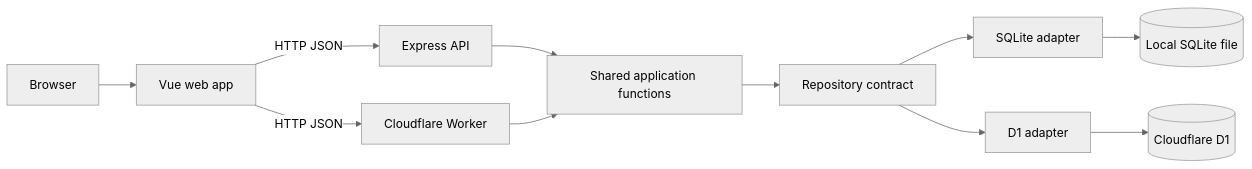
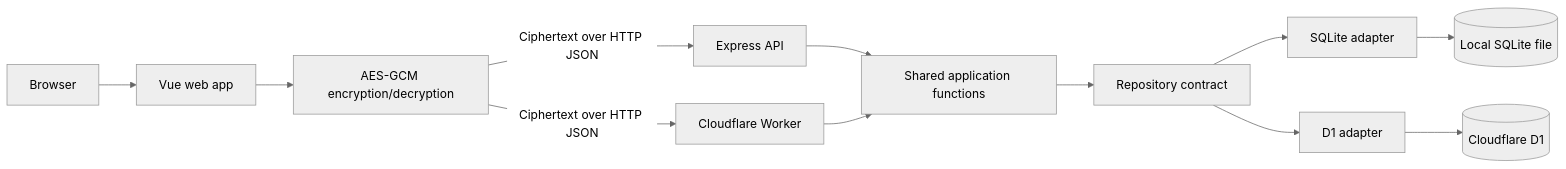
One commit to jlaguilargomez/fragments changed the diagram in docs/architecture.md. Above: the diagram before and after it, drawn with Mermaid (neutral theme). The commit also changed other lines of this file and 3 other files, not shown here.

````diff
--- a/docs/architecture.md
+++ b/docs/architecture.md
@@ -8,13 +8,14 @@
 ```mermaid
 flowchart LR
   B[Browser] --> V[Vue web app]
-  V -->|HTTP JSON| E[Express API]
-  V -->|HTTP JSON| W[Cloudflare Worker]
+  V --> C[AES-GCM encryption/decryption]
+  C -->|Ciphertext over HTTP JSON| E[Express API]
+  C -->|Ciphertext over HTTP JSON| W[Cloudflare Worker]
   E --> A[Shared application functions]
   W --> A
   A --> S[Repository contract]
   S --> L[SQLite adapter]
   S --> D[D1 adapter]
   L --> F[(Local SQLite file)]
   D --> Q[(Cloudflare D1)]
 ```
````
